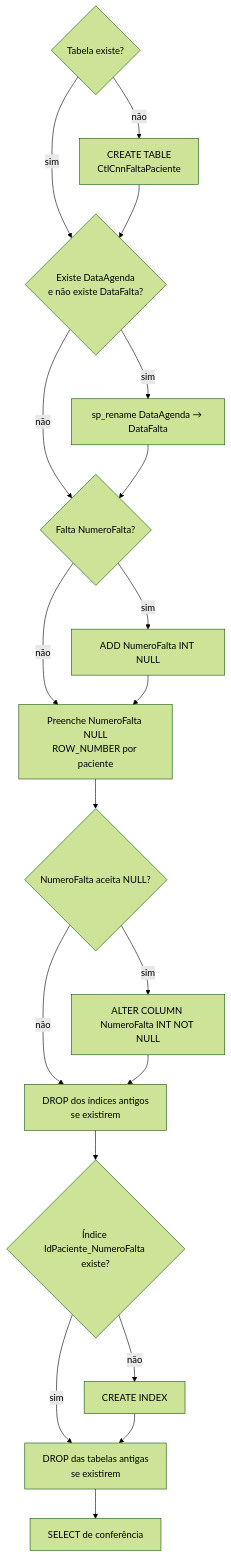
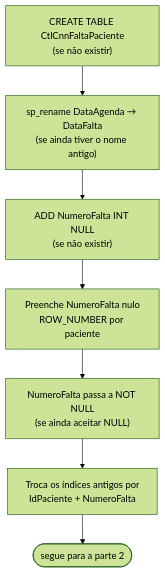
The first of 2 diagrams in docs/script-sql.md (clariens/painel-integracao-desbloqueio-CNN-web), drawn with Mermaid (forest theme) before and after one commit. The commit also changed other lines of this file and 41 other files, not shown here.

````diff
--- a/docs/script-sql.md
+++ b/docs/script-sql.md
@@ -39,21 +49,10 @@
 ```mermaid
 flowchart TD
-    A{"Tabela existe?"} -->|"não"| B["CREATE TABLE<br/>CtlCnnFaltaPaciente"]
-    A -->|"sim"| C
-    B --> C{"Existe DataAgenda<br/>e não existe DataFalta?"}
-    C -->|"sim"| D["sp_rename DataAgenda → DataFalta"]
-    C -->|"não"| E
-    D --> E{"Falta NumeroFalta?"}
-    E -->|"sim"| F["ADD NumeroFalta INT NULL"]
-    E -->|"não"| G
-    F --> G["Preenche NumeroFalta NULL<br/>ROW_NUMBER por paciente"]
-    G --> H{"NumeroFalta aceita NULL?"}
-    H -->|"sim"| I["ALTER COLUMN NumeroFalta INT NOT NULL"]
-    H -->|"não"| J
-    I --> J["DROP dos índices antigos<br/>se existirem"]
-    J --> K{"Índice IdPaciente_NumeroFalta existe?"}
-    K -->|"não"| L["CREATE INDEX"]
-    K -->|"sim"| M
-    L --> M["DROP das tabelas antigas<br/>se existirem"]
-    M --> N["SELECT de conferência"]
+    B["CREATE TABLE CtlCnnFaltaPaciente<br/>(se não existir)"]
+    B --> D["sp_rename DataAgenda → DataFalta<br/>(se ainda tiver o nome antigo)"]
+    D --> F["ADD NumeroFalta INT NULL<br/>(se não existir)"]
+    F --> G["Preenche NumeroFalta nulo<br/>ROW_NUMBER por paciente"]
+    G --> H["NumeroFalta passa a NOT NULL<br/>(se ainda aceitar NULL)"]
+    H --> I["Troca os índices antigos por<br/>IdPaciente + NumeroFalta"]
+    I --> P2(["segue para a parte 2"])
 ```
````
